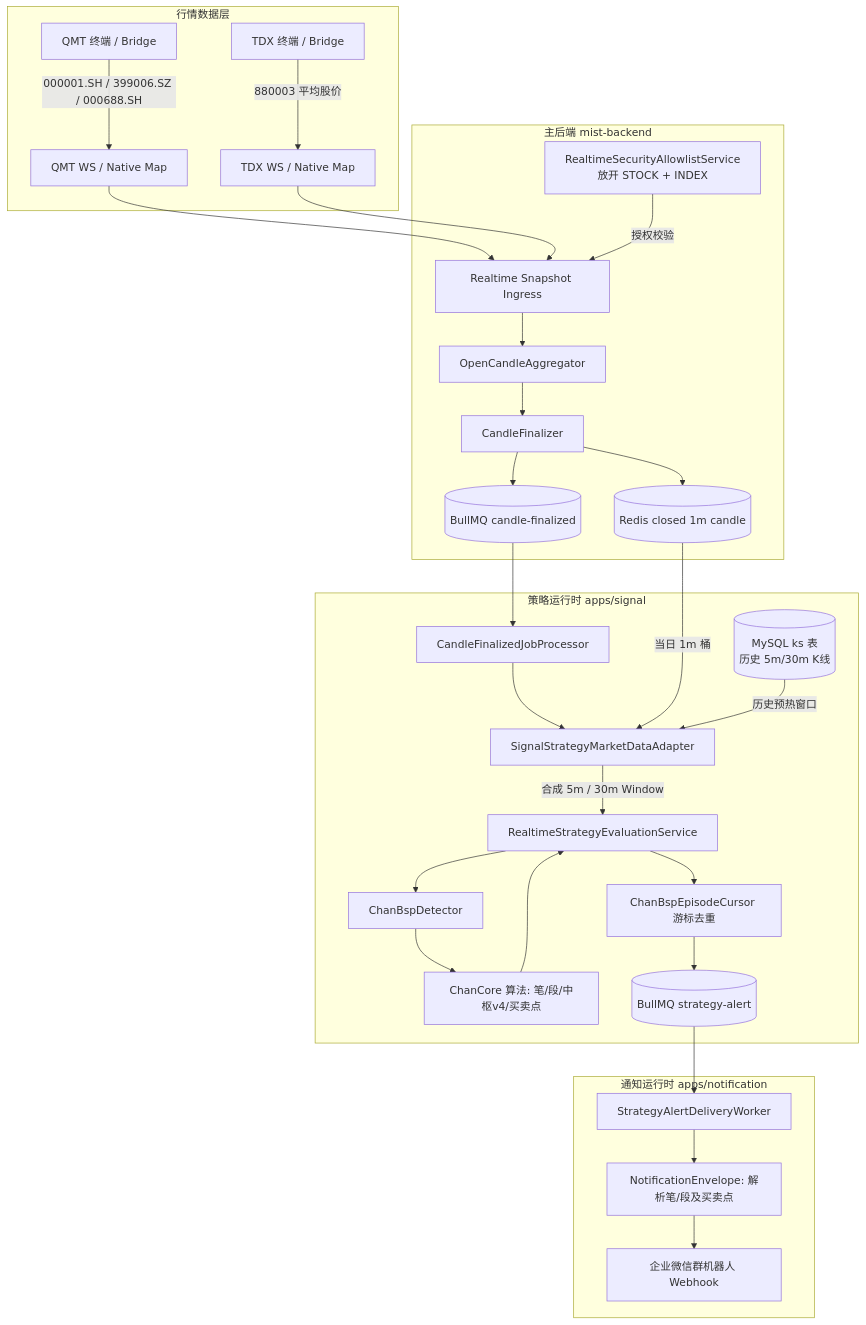
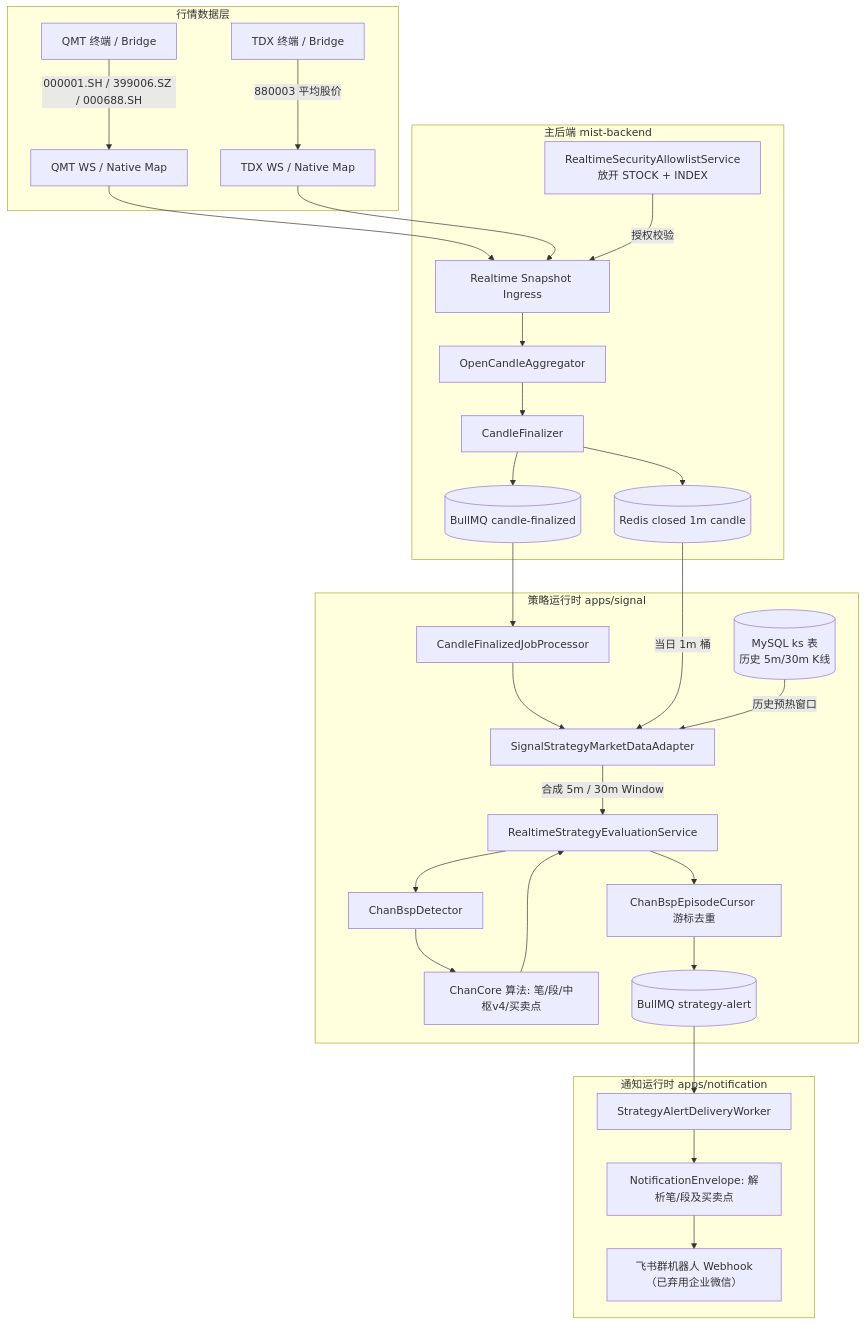
One commit to moyui/mist changed the diagram in openspec/changes/verify-live-chan-bsp-index/design.md. Above: the diagram before and after it, drawn with Mermaid. The commit also changed 4 other files, not shown here.

````diff
--- a/openspec/changes/verify-live-chan-bsp-index/design.md
+++ b/openspec/changes/verify-live-chan-bsp-index/design.md
@@ -5,36 +5,36 @@
 ```mermaid
 flowchart TD
     subgraph Market Data Layer [行情数据层]
         QMT[QMT 终端 / Bridge] -->|000001.SH / 399006.SZ / 000688.SH| QMT_WS[QMT WS / Native Map]
         TDX[TDX 终端 / Bridge] -->|880003 平均股价| TDX_WS[TDX WS / Native Map]
     end
 
     subgraph Mist Backend [主后端 mist-backend]
         QMT_WS --> Ingress[Realtime Snapshot Ingress]
         TDX_WS --> Ingress
         Allowlist[RealtimeSecurityAllowlistService<br/>放开 STOCK + INDEX] -->|授权校验| Ingress
         Ingress --> Aggregator[OpenCandleAggregator]
         Aggregator --> Finalizer[CandleFinalizer]
         Finalizer --> Redis[(Redis closed 1m candle)]
         Finalizer --> BullMQ[(BullMQ candle-finalized)]
     end
 
     subgraph Signal App [策略运行时 apps/signal]
         BullMQ --> Processor[CandleFinalizedJobProcessor]
         Processor --> MarketData[SignalStrategyMarketDataAdapter]
         Redis -->|当日 1m 桶| MarketData
         MySQL[(MySQL ks 表<br/>历史 5m/30m K线)] -->|历史预热窗口| MarketData
         MarketData -->|合成 5m / 30m Window| Evaluator[RealtimeStrategyEvaluationService]
         Evaluator --> Detector[ChanBspDetector]
         Detector --> Core[ChanCore 算法: 笔/段/中枢v4/买卖点]
         Core --> Evaluator
         Evaluator --> Cursor[ChanBspEpisodeCursor 游标去重]
         Cursor --> SignalQueue[(BullMQ strategy-alert)]
     end
 
     subgraph Notification App [通知运行时 apps/notification]
         SignalQueue --> NotifWorker[StrategyAlertDeliveryWorker]
         NotifWorker --> Envelope[NotificationEnvelope: 解析笔/段及买卖点]
-        Envelope --> WeCom[企业微信群机器人 Webhook]
+        Envelope --> Feishu[飞书群机器人 Webhook（已弃用企业微信）]
     end
 ```
````
